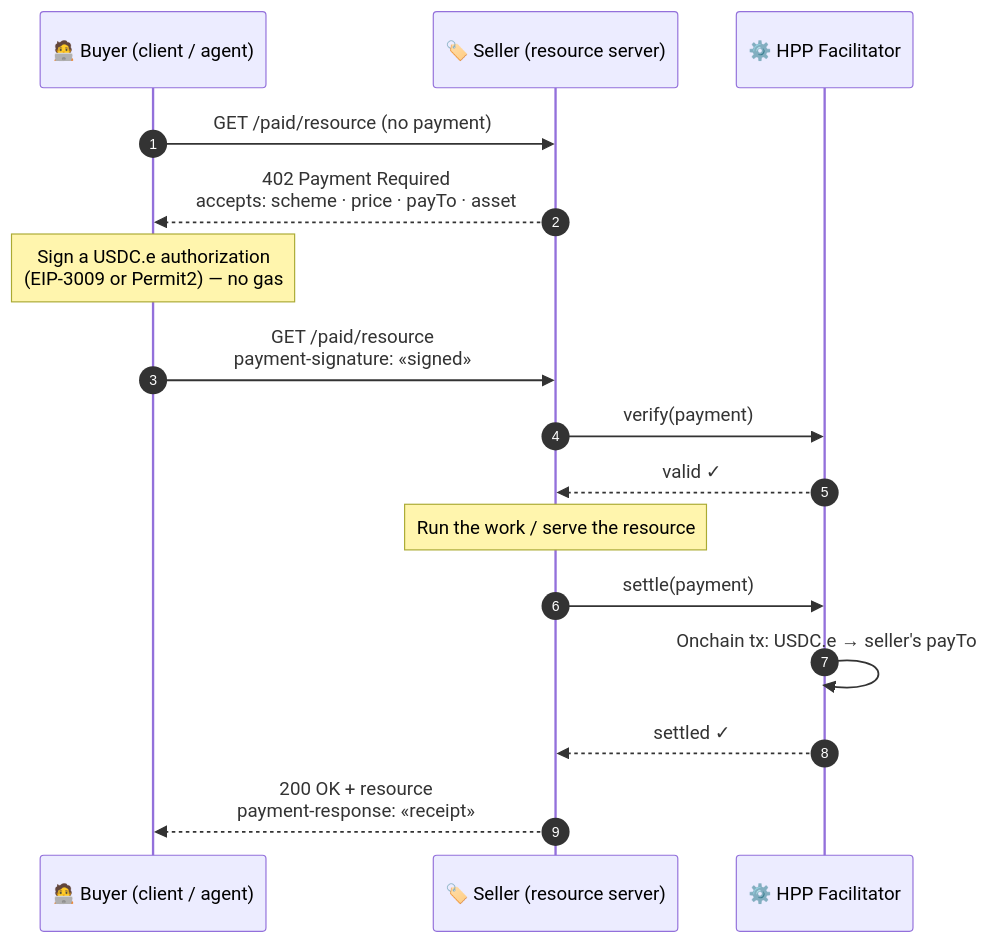
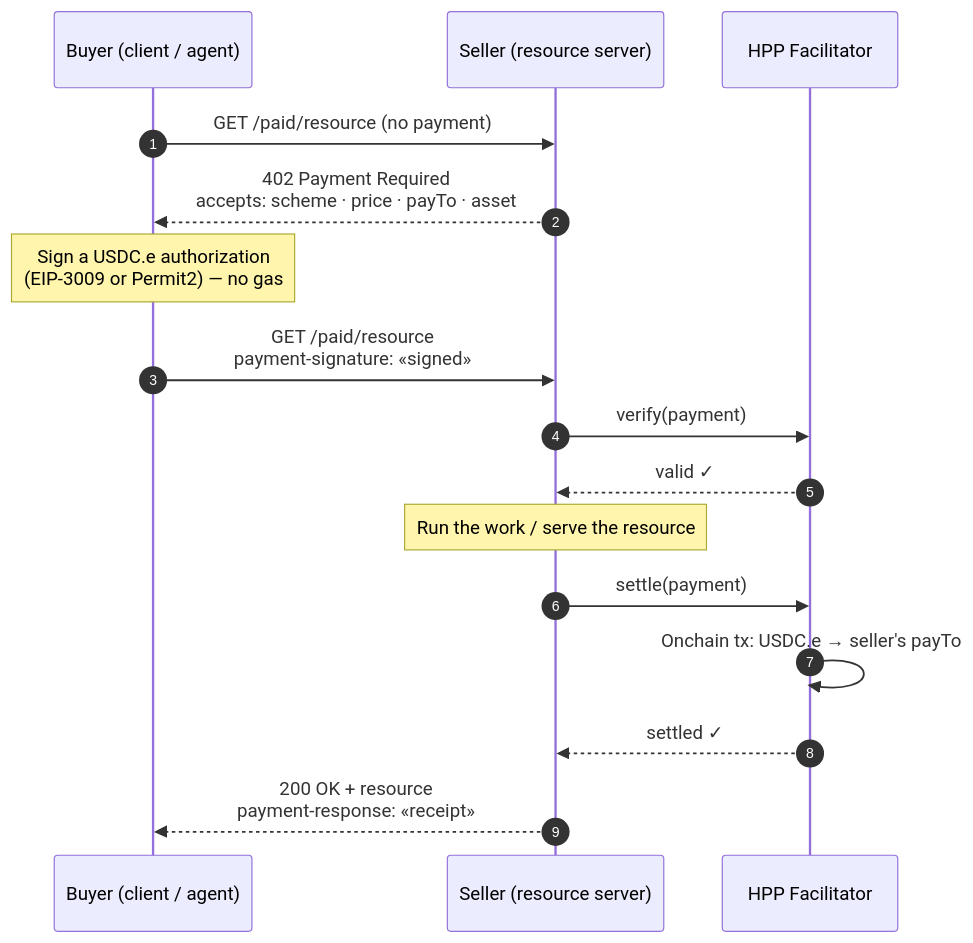
One commit to hpp-io/docs changed the diagram in x402/how-it-works.md. Above: the diagram before and after it, drawn with Mermaid. The commit also changed 14 other files, not shown here.

````diff
--- a/x402/how-it-works.md
+++ b/x402/how-it-works.md
@@ -26,18 +26,18 @@
 ```mermaid
 sequenceDiagram
     autonumber
-    participant B as 🧑‍💻 Buyer (client / agent)
-    participant S as 🏷️ Seller (resource server)
-    participant F as ⚙️ HPP Facilitator
+    participant B as Buyer (client / agent)
+    participant S as Seller (resource server)
+    participant F as HPP Facilitator
     B->>S: GET /paid/resource  (no payment)
     S-->>B: 402 Payment Required<br/>accepts: scheme · price · payTo · asset
     Note over B: Sign a USDC.e authorization<br/>(EIP-3009 or Permit2) — no gas
     B->>S: GET /paid/resource<br/>payment-signature: «signed»
     S->>F: verify(payment)
     F-->>S: valid ✓
     Note over S: Run the work / serve the resource
     S->>F: settle(payment)
     F->>F: Onchain tx: USDC.e → seller's payTo
     F-->>S: settled ✓
     S-->>B: 200 OK + resource<br/>payment-response: «receipt»
 ```
````
